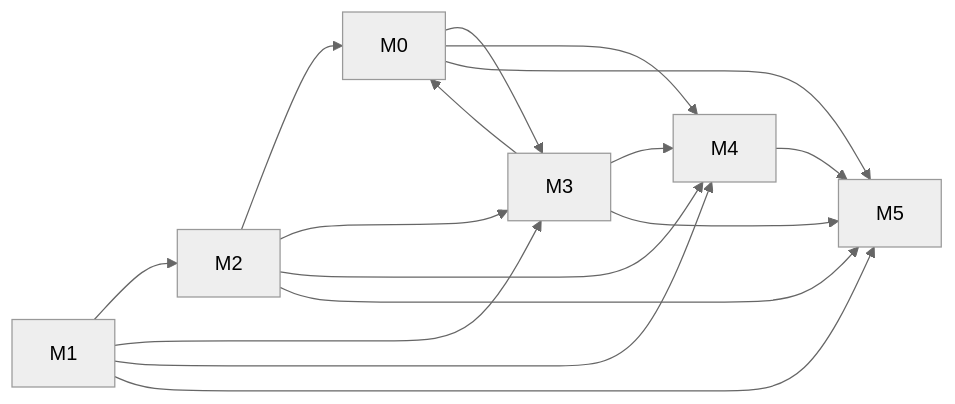
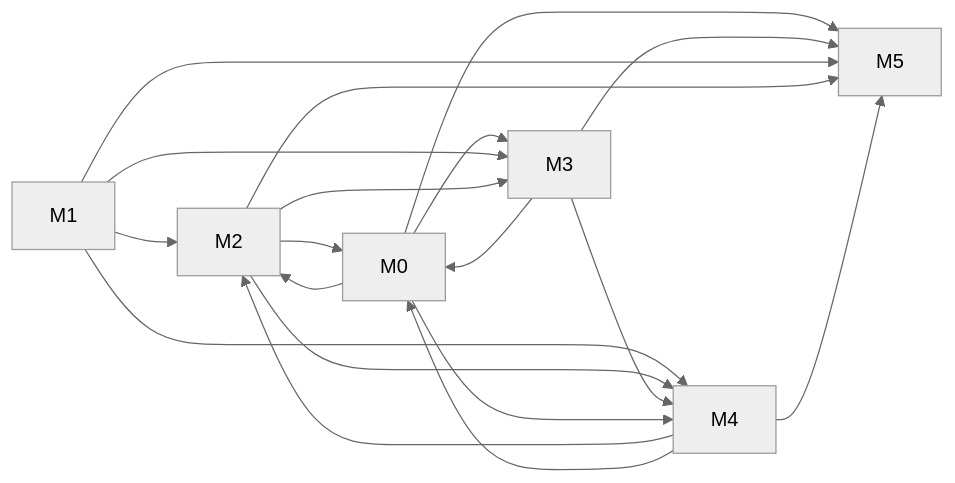
The diagram in docs/baton/DEPENDENCIES.md (MohamedGamil/MapX), drawn with Mermaid (neutral theme) before and after one commit. The commit also changed other lines of this file and 14 other files, not shown here.

````diff
--- a/docs/baton/DEPENDENCIES.md
+++ b/docs/baton/DEPENDENCIES.md
@@ -5,18 +5,21 @@
 ```mermaid
 flowchart LR
   M1 --> M2
   M3 --> M0
   M2 --> M0
   M0 --> M3
   M1 --> M3
   M2 --> M3
   M1 --> M4
   M2 --> M4
   M3 --> M4
   M0 --> M4
   M0 --> M5
   M3 --> M5
   M1 --> M5
   M2 --> M5
   M4 --> M5
+  M4 --> M2
+  M0 --> M2
+  M4 --> M0
 ```
````
